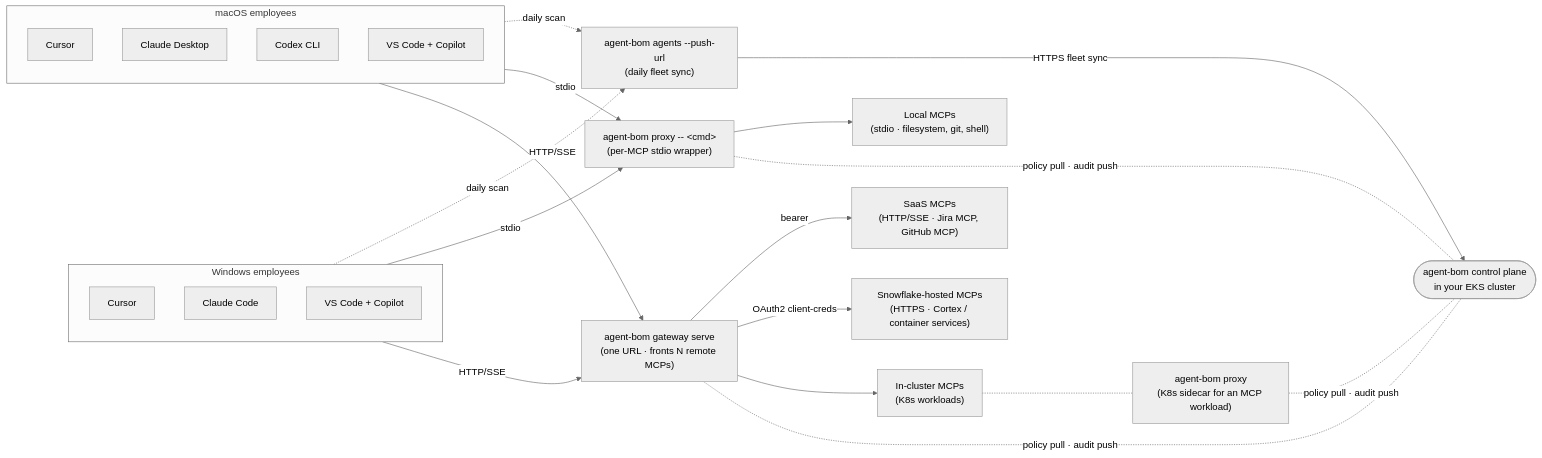
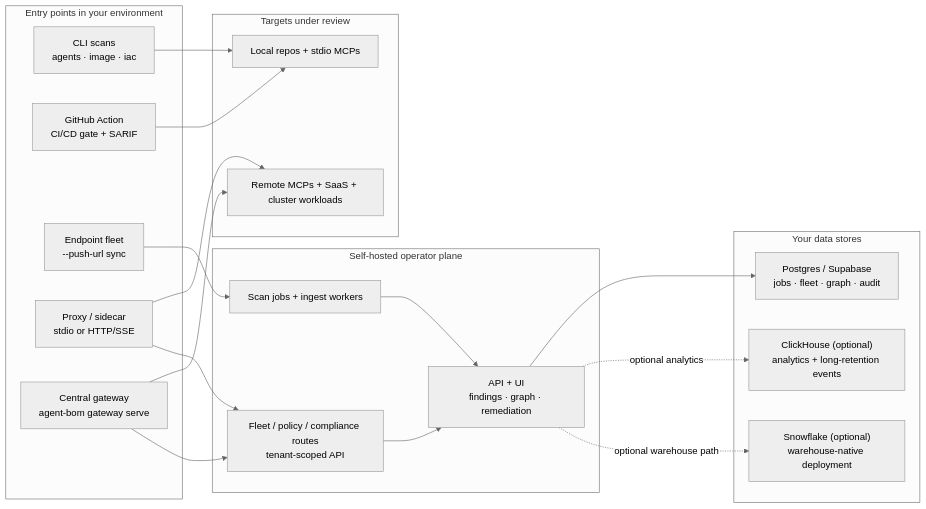
The first of 4 diagrams in README.md (Rish-2006/agent-bom), drawn with Mermaid (neutral theme) before and after one commit. The commit also changed other lines of this file and 12 other files, not shown here.

First line of the commit message:
feat: align deployment context and self-hosted rollout story (#1560)

````diff
--- a/README.md
+++ b/README.md
@@ -158,45 +160,40 @@
 ```mermaid
 flowchart LR
-    subgraph mac["macOS employees"]
-      cursor_m[Cursor]
-      claude_m[Claude Desktop]
-      codex_m[Codex CLI]
-      copilot_m[VS Code + Copilot]
-    end
-    subgraph win["Windows employees"]
-      cursor_w[Cursor]
-      claude_w[Claude Code]
-      copilot_w[VS Code + Copilot]
+    subgraph entry["Entry points in your environment"]
+      cli["CLI scans<br/>agents · image · iac"]
+      gha["GitHub Action<br/>CI/CD gate + SARIF"]
+      fleet["Endpoint fleet<br/>--push-url sync"]
+      proxy["Proxy / sidecar<br/>stdio or HTTP/SSE"]
+      gateway["Central gateway<br/>agent-bom gateway serve"]
     end
 
-    localmcp["Local MCPs<br/>(stdio · filesystem, git, shell)"]
-    saasmcp["SaaS MCPs<br/>(HTTP/SSE · Jira MCP, GitHub MCP)"]
-    snowmcp["Snowflake-hosted MCPs<br/>(HTTPS · Cortex / container services)"]
-    eksmcp["In-cluster MCPs<br/>(K8s workloads)"]
+    subgraph targets["Targets under review"]
+      local["Local repos + stdio MCPs"]
+      remote["Remote MCPs + SaaS + cluster workloads"]
+    end
 
-    fleet["agent-bom agents --push-url<br/>(daily fleet sync)"]
-    gw["agent-bom gateway serve<br/>(one URL · fronts N remote MCPs)"]
-    px["agent-bom proxy -- &lt;cmd&gt;<br/>(per-MCP stdio wrapper)"]
-    sidecar["agent-bom proxy<br/>(K8s sidecar for an MCP workload)"]
-    cp(["agent-bom control plane<br/>in your EKS cluster"])
+    subgraph control["Self-hosted operator plane"]
+      api["API + UI<br/>findings · graph · remediation"]
+      routes["Fleet / policy / compliance routes<br/>tenant-scoped API"]
+      jobs["Scan jobs + ingest workers"]
+    end
 
-    mac -. daily scan .-> fleet
-    win -. daily scan .-> fleet
-    fleet -->|HTTPS fleet sync| cp
+    subgraph data["Your data stores"]
+      pg["Postgres / Supabase<br/>jobs · fleet · graph · audit"]
+      ch["ClickHouse (optional)<br/>analytics + long-retention events"]
+      snow["Snowflake (optional)<br/>warehouse-native deployment"]
+    end
 
-    mac -->|stdio| px
-    win -->|stdio| px
-    px --> localmcp
-
-    mac -->|HTTP/SSE| gw
-    win -->|HTTP/SSE| gw
-    gw -->|bearer| saasmcp
-    gw -->|OAuth2 client-creds| snowmcp
-    gw --> eksmcp
-
-    eksmcp -.- sidecar
-
-    px -. policy pull · audit push .- cp
-    gw -. policy pull · audit push .- cp
-    sidecar -. policy pull · audit push .- cp
+    cli --> local
+    gha --> local
+    fleet --> jobs
+    proxy --> remote
+    gateway --> remote
+    proxy --> routes
+    gateway --> routes
+    jobs --> api
+    routes --> api
+    api --> pg
+    api -. optional analytics .-> ch
+    api -. optional warehouse path .-> snow
 ```
````
